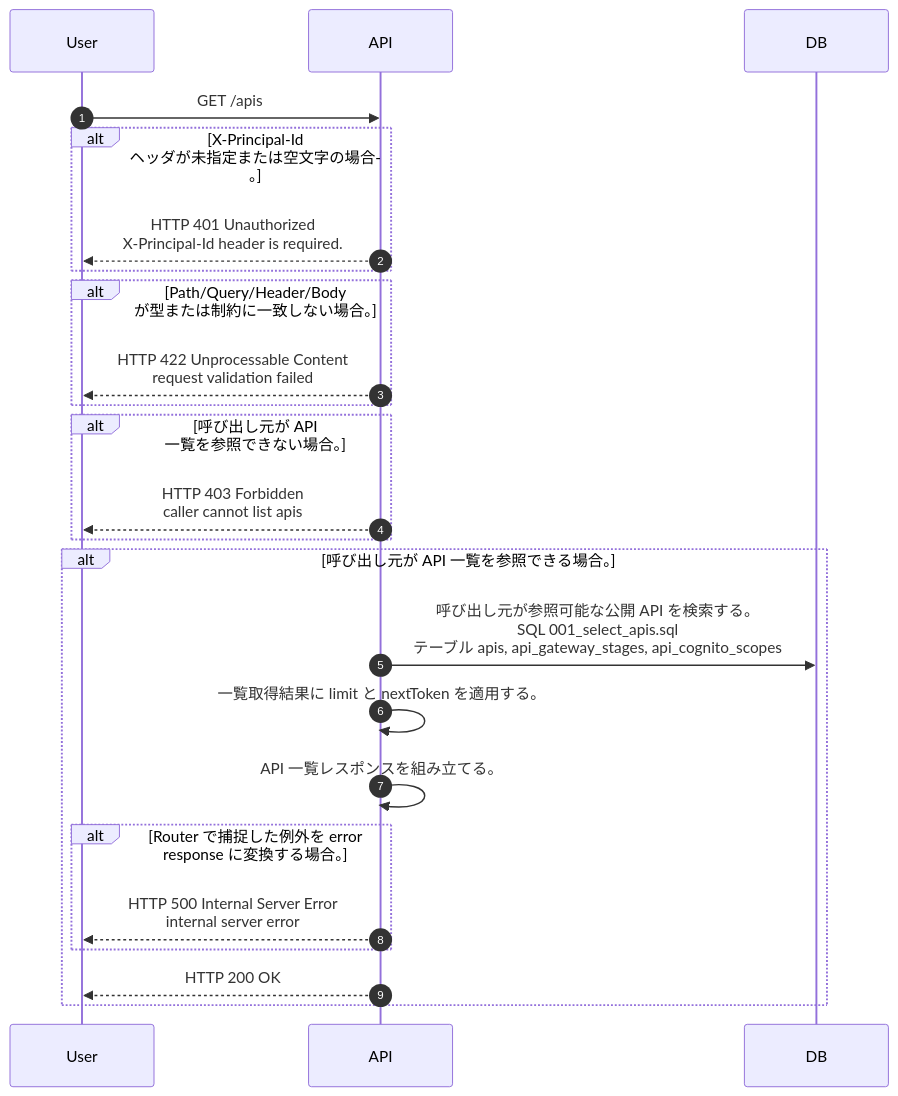
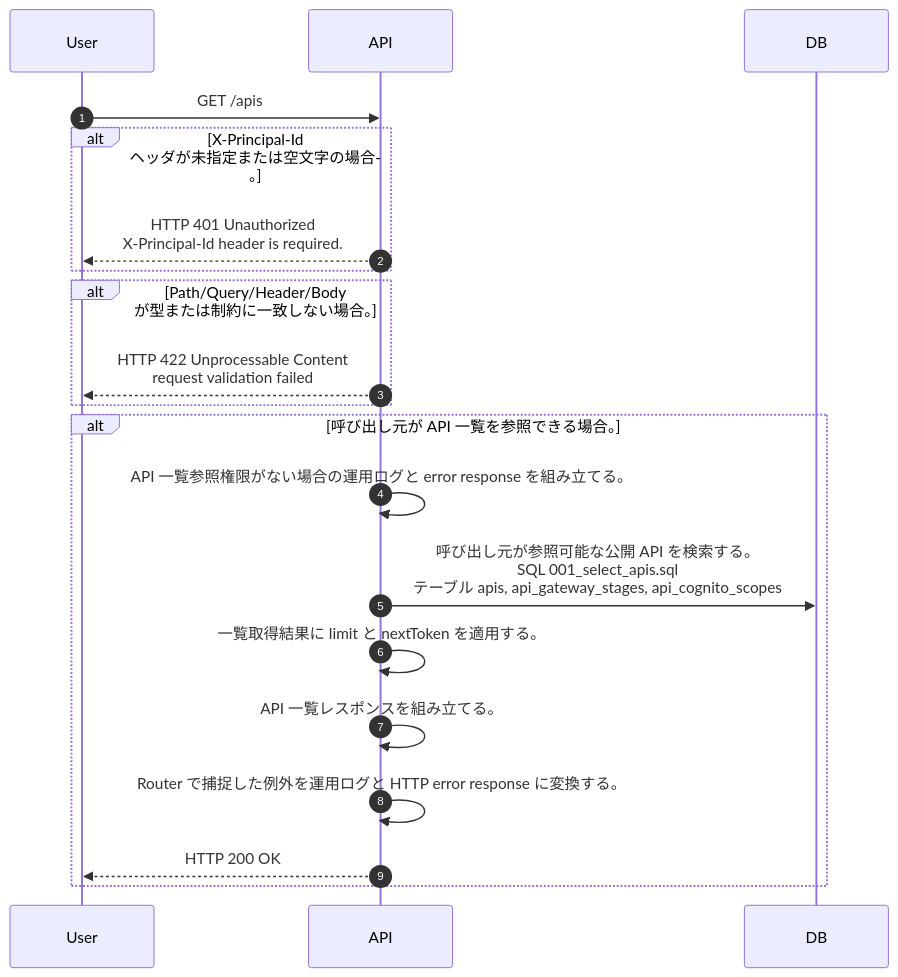
Before and after one commit to tsuji-tomonori/lazunex: the diagram in docs/spec/40.apis/apis/list_apis/sequence_gen.md, drawn with Mermaid. The commit also changed 107 other files, not shown here.

````diff
--- a/docs/spec/40.apis/apis/list_apis/sequence_gen.md
+++ b/docs/spec/40.apis/apis/list_apis/sequence_gen.md
@@ -5,26 +5,22 @@
 ```mermaid
 sequenceDiagram
   autonumber
   participant User as User
   participant API as API
   participant DB as DB
   User->>API: GET /apis
   alt X-Principal-Id ヘッダが未指定または空文字の場合。
     API-->>User: HTTP 401 Unauthorized<br/>X-Principal-Id header is required.
   end
   alt Path/Query/Header/Body が型または制約に一致しない場合。
     API-->>User: HTTP 422 Unprocessable Content<br/>request validation failed
   end
-  alt 呼び出し元が API 一覧を参照できない場合。
-    API-->>User: HTTP 403 Forbidden<br/>caller cannot list apis
-  end
   alt 呼び出し元が API 一覧を参照できる場合。
+    API->>API: API 一覧参照権限がない場合の運用ログと error response を組み立てる。
     API->>DB: 呼び出し元が参照可能な公開 API を検索する。<br/>SQL 001_select_apis.sql<br/>テーブル apis, api_gateway_stages, api_cognito_scopes
     API->>API: 一覧取得結果に limit と nextToken を適用する。
     API->>API: API 一覧レスポンスを組み立てる。
-    alt Router で捕捉した例外を error response に変換する場合。
-      API-->>User: HTTP 500 Internal Server Error<br/>internal server error
-    end
+    API->>API: Router で捕捉した例外を運用ログと HTTP error response に変換する。
     API-->>User: HTTP 200 OK
   end
 ```
````
